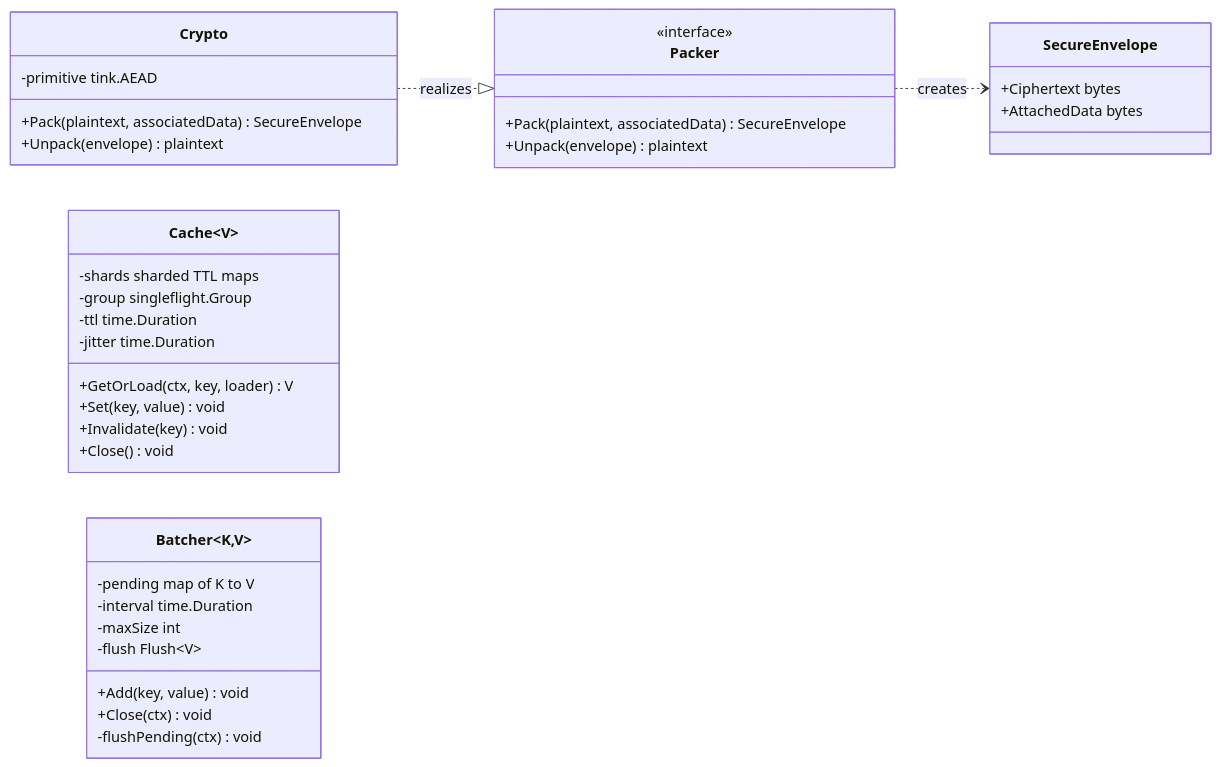
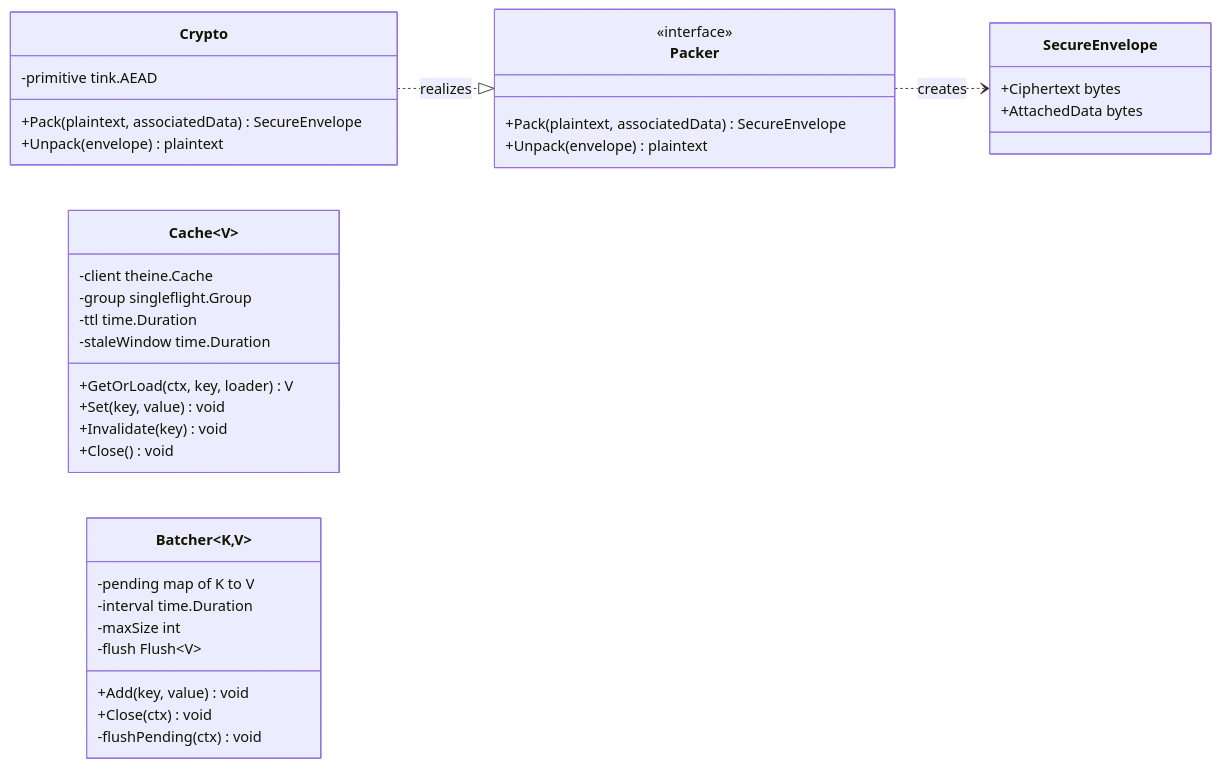
The first of 2 diagrams in web/docs/src/content/docs/data-and-state/design.md (AdamOusmer/ItsBagelBot), drawn with Mermaid before and after one commit. The commit also changed other lines of this file and 97 other files, not shown here.

````diff
--- a/web/docs/src/content/docs/data-and-state/design.md
+++ b/web/docs/src/content/docs/data-and-state/design.md
@@ -20,45 +20,45 @@
 ```mermaid
 classDiagram
     direction LR
 
     class Packer {
         <<interface>>
         +Pack(plaintext, associatedData) SecureEnvelope
         +Unpack(envelope) plaintext
     }
 
     class SecureEnvelope {
         +Ciphertext bytes
         +AttachedData bytes
     }
 
     class Crypto {
         -primitive tink.AEAD
         +Pack(plaintext, associatedData) SecureEnvelope
         +Unpack(envelope) plaintext
     }
 
     Crypto ..|> Packer : realizes
     Packer ..> SecureEnvelope : creates
 
     class Cache~V~ {
-        -shards sharded TTL maps
+        -client theine.Cache
         -group singleflight.Group
         -ttl time.Duration
-        -jitter time.Duration
+        -staleWindow time.Duration
         +GetOrLoad(ctx, key, loader) V
         +Set(key, value) void
         +Invalidate(key) void
         +Close() void
     }
 
     class Batcher~K,V~ {
         -pending map of K to V
         -interval time.Duration
         -maxSize int
         -flush Flush~V~
         +Add(key, value) void
         +Close(ctx) void
         -flushPending(ctx) void
     }
 ```
````
